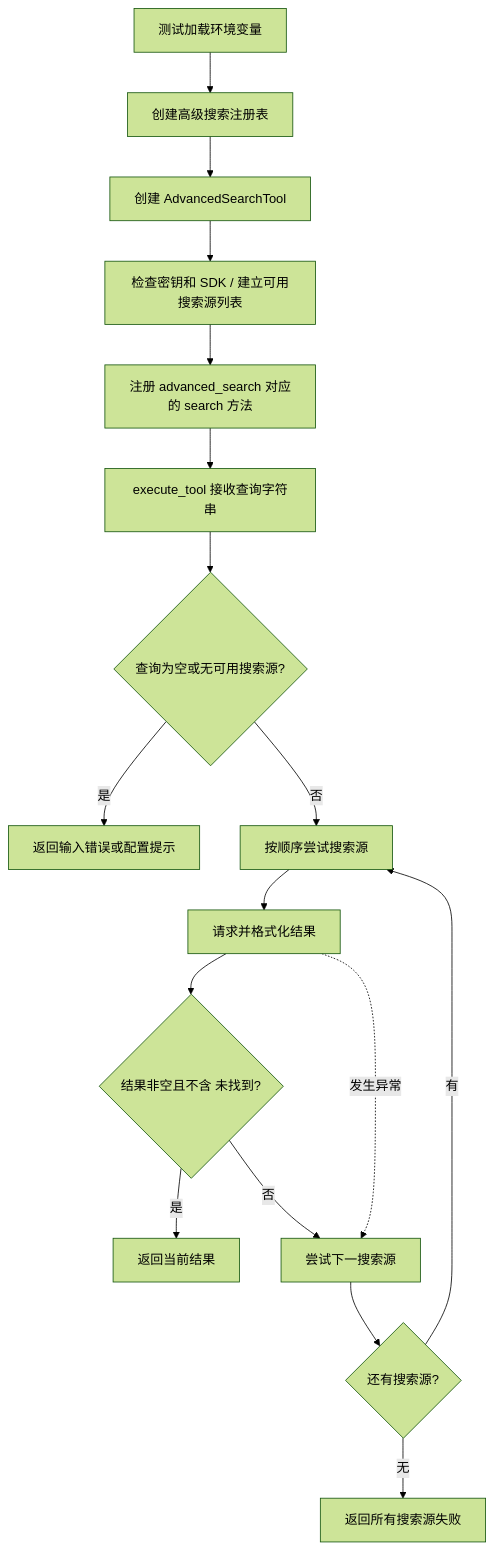
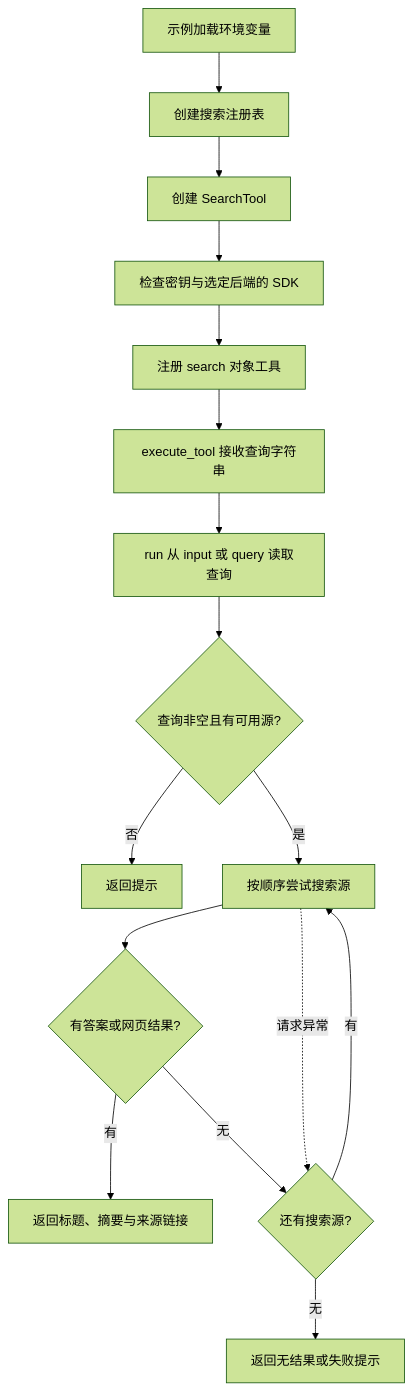
One commit to SWAlbert-0/agent-practice changed the diagram in docs/搜索工具与测试说明.md. Above: the diagram before and after it, drawn with Mermaid (forest theme). The commit also changed other lines of this file and 35 other files, not shown here.

````diff
--- a/docs/搜索工具与测试说明.md
+++ b/docs/搜索工具与测试说明.md
@@ -23,19 +7,18 @@
 ```mermaid
 flowchart TD
-    A[测试加载环境变量] --> B[创建高级搜索注册表]
-    B --> C[创建 AdvancedSearchTool]
-    C --> D[检查密钥和 SDK / 建立可用搜索源列表]
-    D --> E[注册 advanced_search 对应的 search 方法]
+    A[示例加载环境变量] --> B[创建搜索注册表]
+    B --> C[创建 SearchTool]
+    C --> D[检查密钥与选定后端的 SDK]
+    D --> E[注册 search 对象工具]
     E --> F[execute_tool 接收查询字符串]
-    F --> G{查询为空或无可用搜索源?}
-    G -->|是| H[返回输入错误或配置提示]
-    G -->|否| I[按顺序尝试搜索源]
-    I --> J[请求并格式化结果]
-    J --> K{结果非空且不含 未找到?}
-    K -->|是| L[返回当前结果]
-    K -->|否| M[尝试下一搜索源]
-    J -.发生异常.-> M
-    M --> N{还有搜索源?}
-    N -->|有| I
-    N -->|无| O[返回所有搜索源失败]
+    F --> G[run 从 input 或 query 读取查询]
+    G --> H{查询非空且有可用源?}
+    H -->|否| I[返回提示]
+    H -->|是| J[按顺序尝试搜索源]
+    J --> K{有答案或网页结果?}
+    K -->|有| L[返回标题、摘要与来源链接]
+    K -->|无| M{还有搜索源?}
+    J -.请求异常.-> M
+    M -->|有| J
+    M -->|无| N[返回无结果或失败提示]
 ```
````
